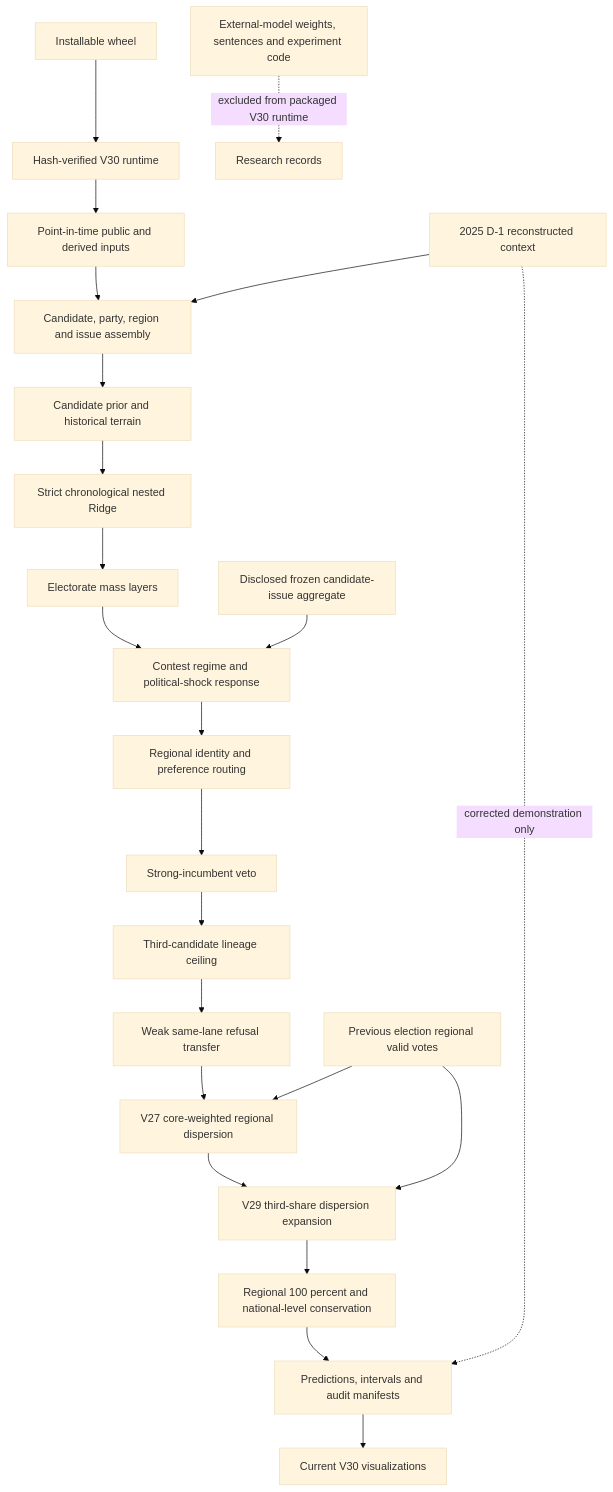
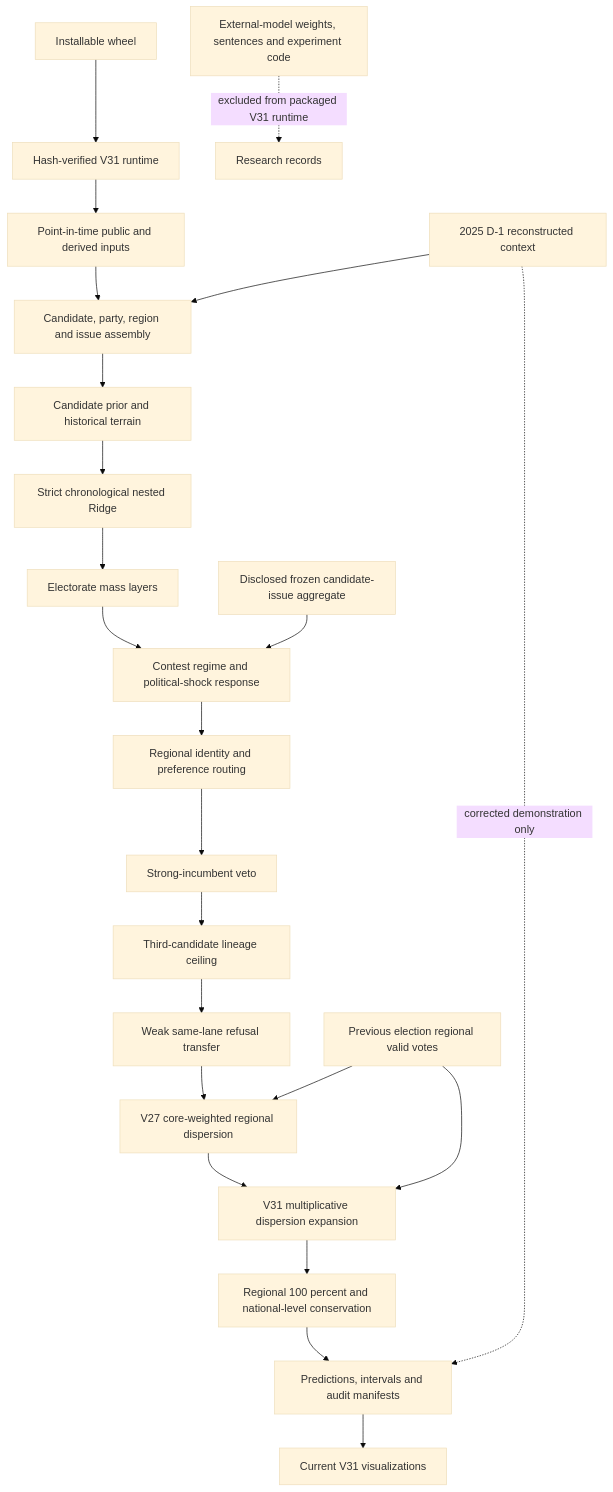
One commit to bamboosalt09-bam/election-forecast changed the diagram in docs/ARCHITECTURE.md. Above: the diagram before and after it, drawn with Mermaid (base theme). The commit also changed other lines of this file and 116 other files, not shown here.

````diff
--- a/docs/ARCHITECTURE.md
+++ b/docs/ARCHITECTURE.md
@@ -17,27 +17,27 @@
 ```mermaid
 flowchart TD
-    P[Installable wheel] --> Q[Hash-verified V30 runtime]
+    P[Installable wheel] --> Q[Hash-verified V31 runtime]
     Q --> A[Point-in-time public and derived inputs]
     A --> B[Candidate, party, region and issue assembly]
     B --> C[Candidate prior and historical terrain]
     C --> D[Strict chronological nested Ridge]
     D --> E[Electorate mass layers]
     E --> F[Contest regime and political-shock response]
     F --> G[Regional identity and preference routing]
     G --> H[Strong-incumbent veto]
     H --> I[Third-candidate lineage ceiling]
     I --> J[Weak same-lane refusal transfer]
     J --> K[V27 core-weighted regional dispersion]
-    K --> V[V29 third-share dispersion expansion]
+    K --> V[V31 multiplicative dispersion expansion]
     W[Previous election regional valid votes] --> K
     W --> V
     V --> L[Regional 100 percent and national-level conservation]
     L --> M[Predictions, intervals and audit manifests]
-    M --> N[Current V30 visualizations]
+    M --> N[Current V31 visualizations]
 
     O[2025 D-1 reconstructed context] --> B
     O -. corrected demonstration only .-> M
 
-    R[External-model weights, sentences and experiment code] -. excluded from packaged V30 runtime .-> S[Research records]
+    R[External-model weights, sentences and experiment code] -. excluded from packaged V31 runtime .-> S[Research records]
     T[Disclosed frozen candidate-issue aggregate] --> F
 ```
````
